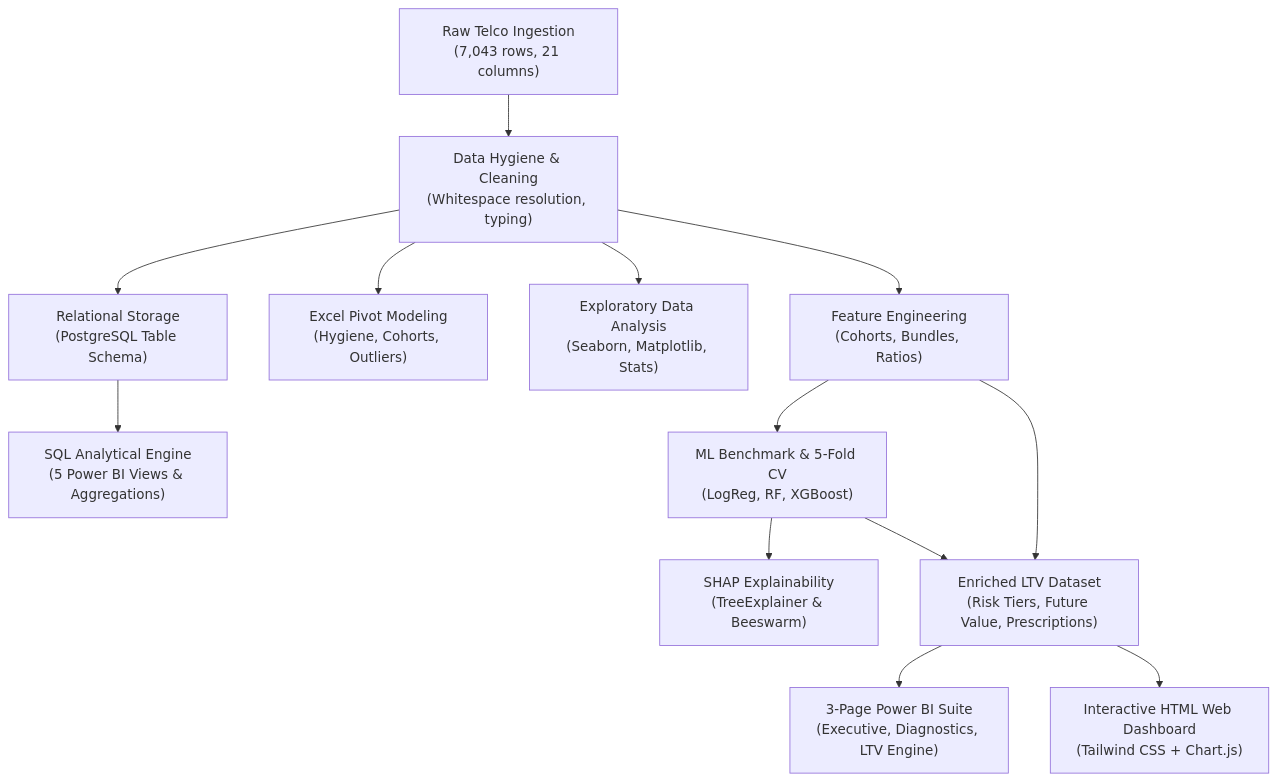
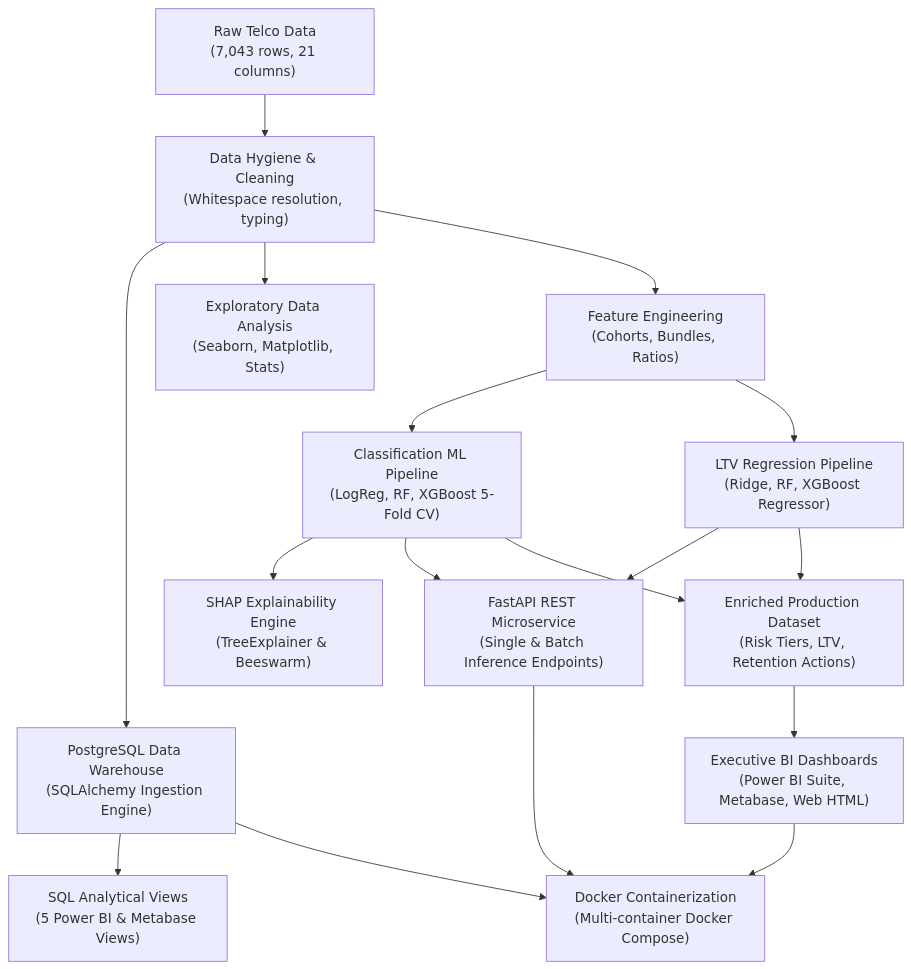
Before and after one commit to addu91577-sketch/Customer-Churn-LTV-Engine: the diagram in README.md, drawn with Mermaid. The commit also changed other lines of this file and 12 other files, not shown here.

Commit message:
feat(spec): complete 4-week syllabus requirements with FastAPI service, LTV regression, Docker Compose, Metabase guide, and SQLAlchemy ingestion

````diff
--- a/README.md
+++ b/README.md
@@ -40,14 +56,15 @@
 ```mermaid
 flowchart TD
-    A["Raw Telco Ingestion<br/>(7,043 rows, 21 columns)"] --> B["Data Hygiene & Cleaning<br/>(Whitespace resolution, typing)"]
-    B --> C["Relational Storage<br/>(PostgreSQL Table Schema)"]
-    C --> D["SQL Analytical Engine<br/>(5 Power BI Views & Aggregations)"]
-    B --> E["Excel Pivot Modeling<br/>(Hygiene, Cohorts, Outliers)"]
-    B --> F["Exploratory Data Analysis<br/>(Seaborn, Matplotlib, Stats)"]
-    B --> G["Feature Engineering<br/>(Cohorts, Bundles, Ratios)"]
-    G --> H["ML Benchmark & 5-Fold CV<br/>(LogReg, RF, XGBoost)"]
-    H --> I["SHAP Explainability<br/>(TreeExplainer & Beeswarm)"]
-    H & G --> J["Enriched LTV Dataset<br/>(Risk Tiers, Future Value, Prescriptions)"]
-    J --> K["3-Page Power BI Suite<br/>(Executive, Diagnostics, LTV Engine)"]
-    J --> L["Interactive HTML Web Dashboard<br/>(Tailwind CSS + Chart.js)"]
+    A["Raw Telco Data<br/>(7,043 rows, 21 columns)"] --> B["Data Hygiene & Cleaning<br/>(Whitespace resolution, typing)"]
+    B --> C["PostgreSQL Data Warehouse<br/>(SQLAlchemy Ingestion Engine)"]
+    C --> D["SQL Analytical Views<br/>(5 Power BI & Metabase Views)"]
+    B --> E["Exploratory Data Analysis<br/>(Seaborn, Matplotlib, Stats)"]
+    B --> F["Feature Engineering<br/>(Cohorts, Bundles, Ratios)"]
+    F --> G["Classification ML Pipeline<br/>(LogReg, RF, XGBoost 5-Fold CV)"]
+    F --> H["LTV Regression Pipeline<br/>(Ridge, RF, XGBoost Regressor)"]
+    G --> I["SHAP Explainability Engine<br/>(TreeExplainer & Beeswarm)"]
+    G & H --> J["FastAPI REST Microservice<br/>(Single & Batch Inference Endpoints)"]
+    G & H --> K["Enriched Production Dataset<br/>(Risk Tiers, LTV, Retention Actions)"]
+    K --> L["Executive BI Dashboards<br/>(Power BI Suite, Metabase, Web HTML)"]
+    J & C & L --> M["Docker Containerization<br/>(Multi-container Docker Compose)"]
 ```
````
